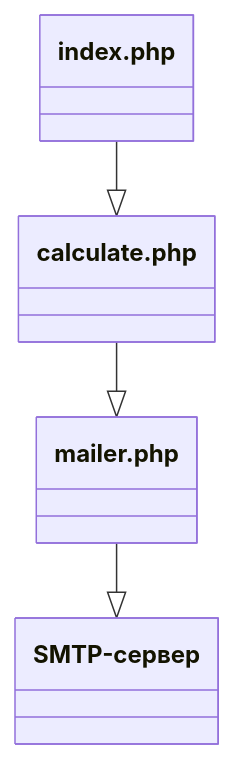
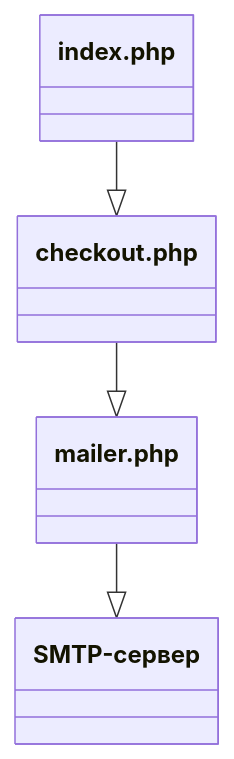
The diagram in f1/README.md (AlexandrAnatoliev/freelance1), drawn with Mermaid before and after one commit. The commit also changed other lines of this file and 3 other files, not shown here.

Commit message:
fix: rename calculate to checkout

````diff
--- a/f1/README.md
+++ b/f1/README.md
@@ -70,19 +70,19 @@
 ```mermaid
 classDiagram
   
   class index.php {
   }
 
-  class calculate.php {
+  class checkout.php {
   }
 
   class mailer.php {
   }
 
   class SMTP-сервер {
   }
 
-  index.php --|> calculate.php
-  calculate.php --|> mailer.php
+  index.php --|> checkout.php
+  checkout.php --|> mailer.php
   mailer.php --|> SMTP-сервер
 ```
````
